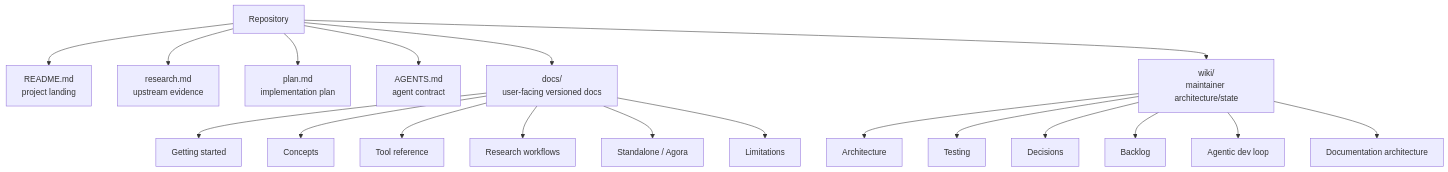
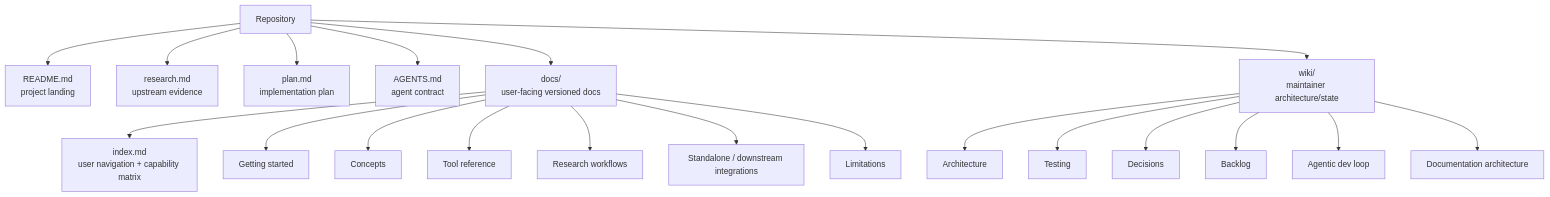
Before and after one commit to alexsosn/CAL-MCP: the first of 2 diagrams in wiki/documentation.md, drawn with Mermaid. The commit also changed other lines of this file and 20 other files, not shown here.

````diff
--- a/wiki/documentation.md
+++ b/wiki/documentation.md
@@ -12,24 +12,25 @@
 ```mermaid
 flowchart TB
     ROOT[Repository]
     ROOT --> README[README.md\nproject landing]
     ROOT --> RESEARCH[research.md\nupstream evidence]
     ROOT --> PLAN[plan.md\nimplementation plan]
     ROOT --> AGENTS[AGENTS.md\nagent contract]
     ROOT --> DOCS[docs/\nuser-facing versioned docs]
     ROOT --> WIKI[wiki/\nmaintainer architecture/state]
 
+    DOCS --> INDEX[index.md\nuser navigation + capability matrix]
     DOCS --> START[Getting started]
     DOCS --> CONCEPTS[Concepts]
     DOCS --> TOOLS[Tool reference]
     DOCS --> GUIDES[Research workflows]
-    DOCS --> INTEGRATIONS[Standalone / Agora]
+    DOCS --> INTEGRATIONS[Standalone / downstream integrations]
     DOCS --> LIMITS[Limitations]
 
     WIKI --> ARCH[Architecture]
     WIKI --> TEST[Testing]
     WIKI --> DEC[Decisions]
     WIKI --> BACK[Backlog]
     WIKI --> LOOP[Agentic dev loop]
     WIKI --> DOCARCH[Documentation architecture]
 ```
````
